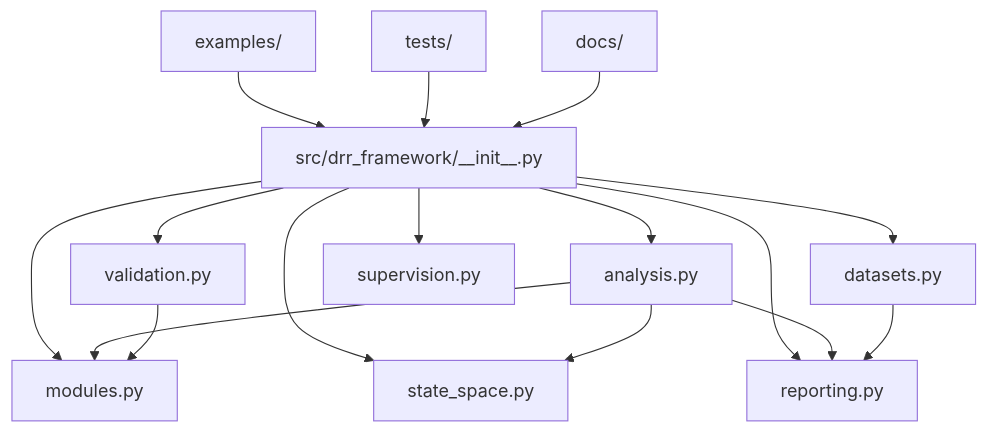
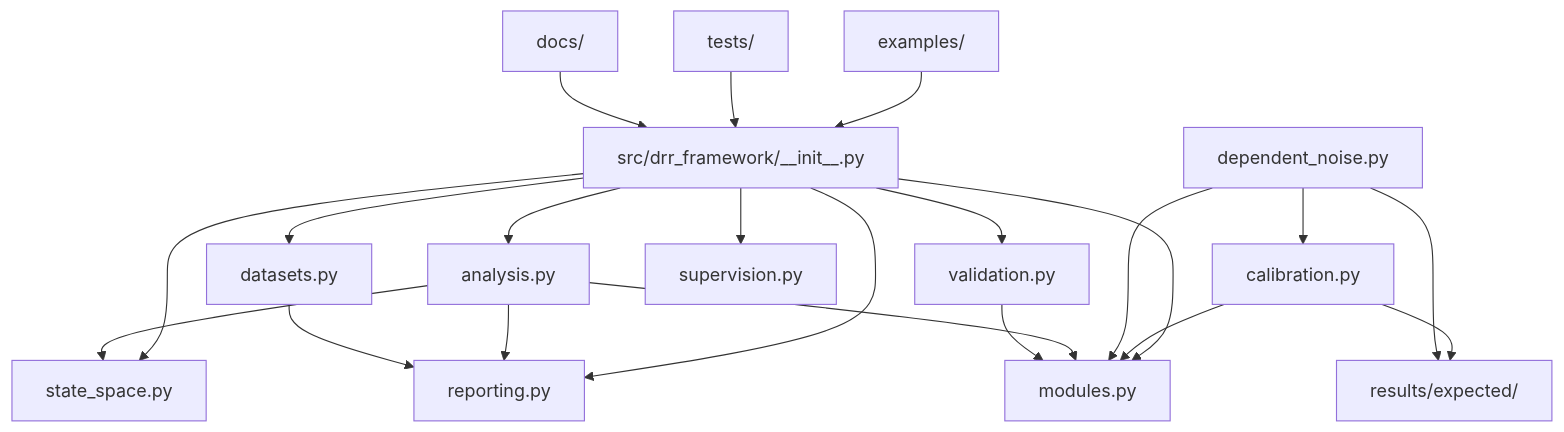
The seventh of 7 diagrams in docs/architecture.md (topherchris420/dynamic-resonance-rooting), drawn with Mermaid before and after one commit. The commit also changed other lines of this file and 26 other files, not shown here.

````diff
--- a/docs/architecture.md
+++ b/docs/architecture.md
@@ -136,18 +136,23 @@
 ```mermaid
 flowchart TD
     API[src/drr_framework/__init__.py] --> Analysis[analysis.py]
     API --> Modules[modules.py]
     API --> Datasets[datasets.py]
     API --> Reporting[reporting.py]
     API --> StateSpace[state_space.py]
     API --> Validation[validation.py]
     API --> Supervision[supervision.py]
+    Calibration[calibration.py] --> Modules
+    DependentNoise[dependent_noise.py] --> Modules
+    DependentNoise --> Calibration
     Analysis --> Modules
     Analysis --> StateSpace
     Analysis --> Reporting
     Datasets --> Reporting
     Validation --> Modules
     Examples[examples/] --> API
     Tests[tests/] --> API
     Docs[docs/] --> API
+    Calibration --> Artifacts[results/expected/]
+    DependentNoise --> Artifacts
 ```
````
